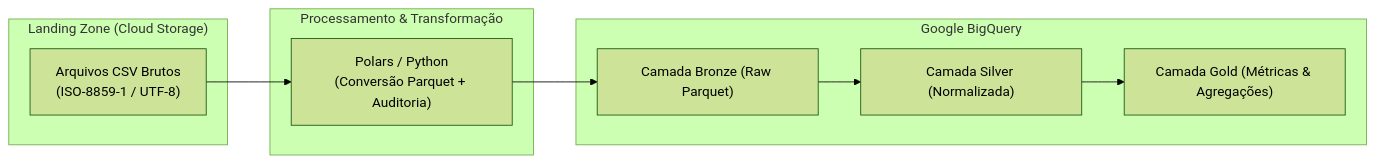
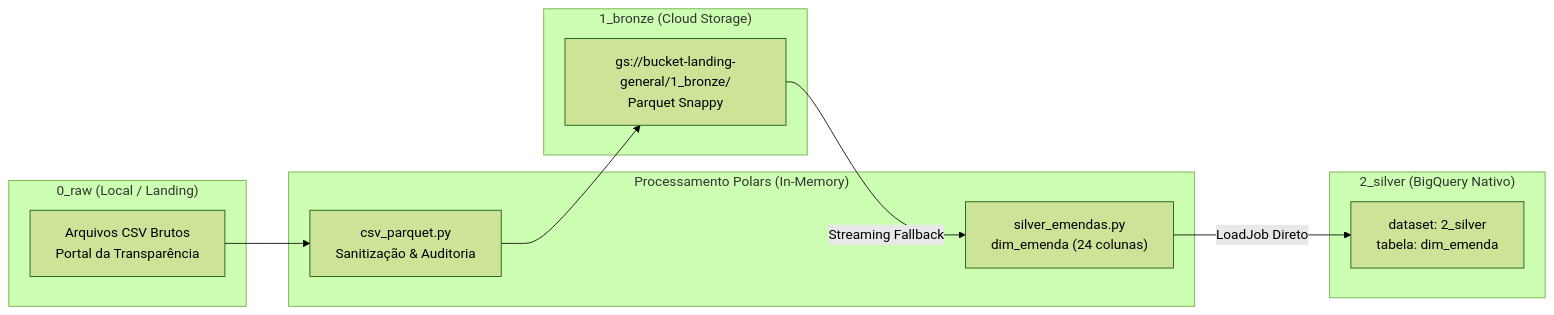
One commit to OGgbarbosa/etl-emendas-parlamentares-brasil-gcp changed the diagram in README.md. Above: the diagram before and after it, drawn with Mermaid (forest theme). The commit also changed other lines of this file, not shown here.

````diff
--- a/README.md
+++ b/README.md
@@ -13,21 +24,24 @@
 ```mermaid
 flowchart LR
-    subgraph Raw ["Landing Zone (Cloud Storage)"]
-        CSV["Arquivos CSV Brutos<br/>(ISO-8859-1 / UTF-8)"]
+    subgraph RawZone ["0_raw (Local / Landing)"]
+        CSV["Arquivos CSV Brutos<br/>Portal da Transparência"]
     end
 
-    subgraph Processing ["Processamento & Transformação"]
-        Polars["Polars / Python<br/>(Conversão Parquet + Auditoria)"]
+    subgraph Processing ["Processamento Polars (In-Memory)"]
+        RawProc["csv_parquet.py<br/>Sanitização & Auditoria"]
+        SilverProc["silver_emendas.py<br/>dim_emenda (24 colunas)"]
     end
 
-    subgraph DWH ["Google BigQuery"]
-        Bronze["Camada Bronze (Raw Parquet)"]
-        Silver["Camada Silver (Normalizada)"]
-        Gold["Camada Gold (Métricas & Agregações)"]
+    subgraph StorageLake ["1_bronze (Cloud Storage)"]
+        GCS["gs://bucket-landing-general/1_bronze/<br/>Parquet Snappy"]
     end
 
-    CSV --> Polars
-    Polars --> Bronze
-    Bronze --> Silver
-    Silver --> Gold
+    subgraph DWH ["2_silver (BigQuery Nativo)"]
+        BQSilver["dataset: 2_silver<br/>tabela: dim_emenda"]
+    end
+
+    CSV --> RawProc
+    RawProc --> GCS
+    GCS -->|"Streaming Fallback"| SilverProc
+    SilverProc -->|"LoadJob Direto"| BQSilver
 ```
````
